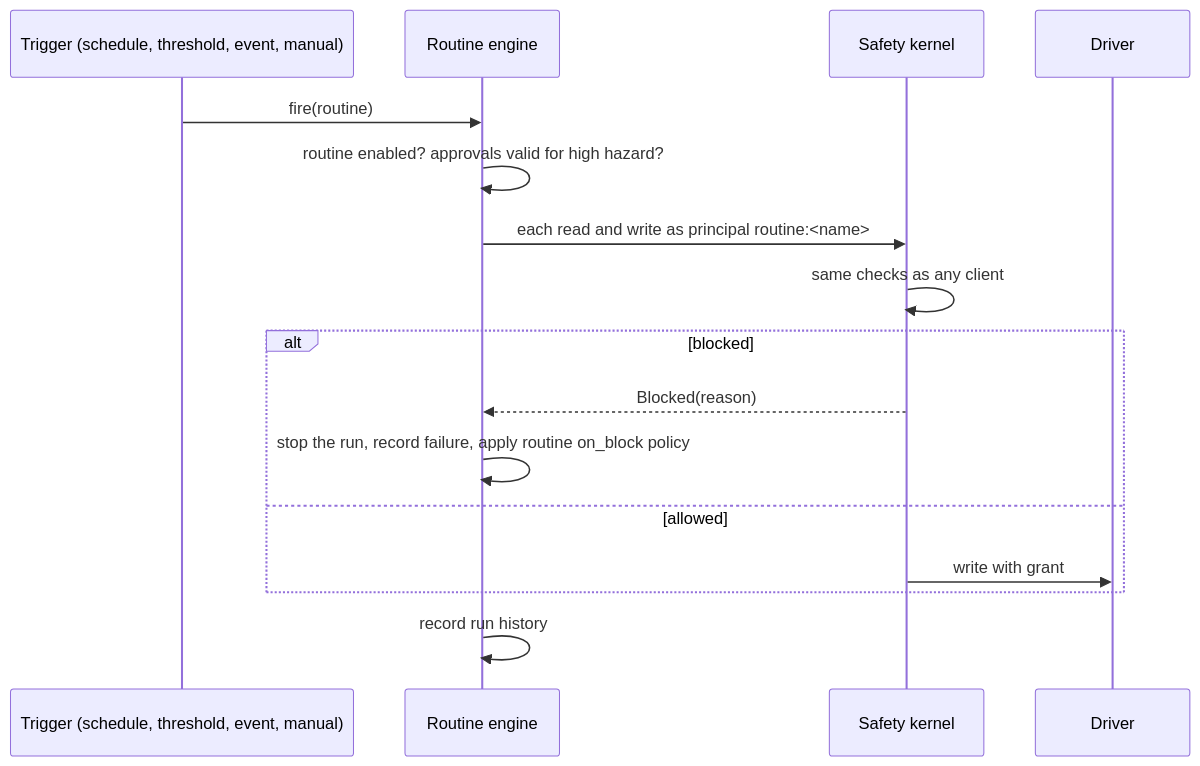
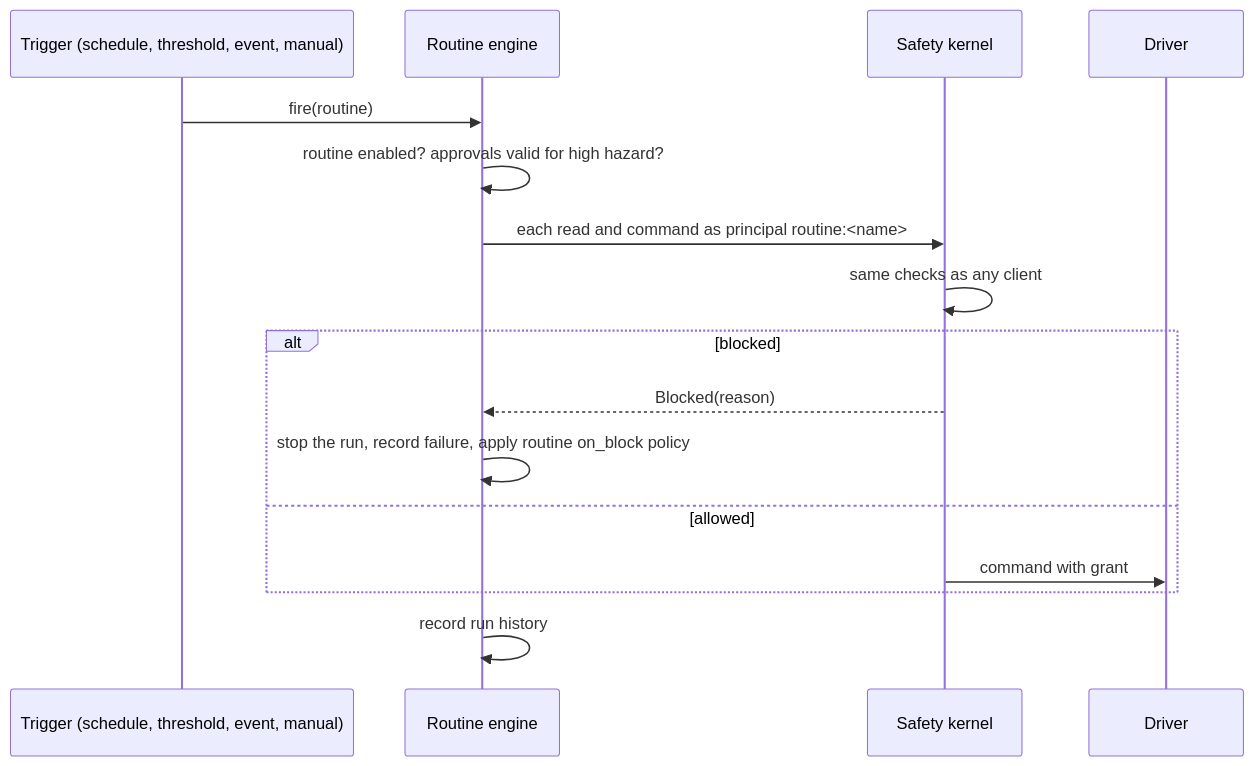
Before and after one commit to sohan-bhat/OpenHAL: the fifth of 7 diagrams in docs/ARCHITECTURE.md, drawn with Mermaid. The commit also changed other lines of this file and 5 other files, not shown here.

First line of the commit message:
docs: use the plant waterer in the architecture, interface and conformance pages

````diff
--- a/docs/ARCHITECTURE.md
+++ b/docs/ARCHITECTURE.md
@@ -166,18 +166,18 @@
 ```mermaid
 sequenceDiagram
   participant T as Trigger (schedule, threshold, event, manual)
   participant R as Routine engine
   participant K as Safety kernel
   participant D as Driver
   T->>R: fire(routine)
   R->>R: routine enabled? approvals valid for high hazard?
-  R->>K: each read and write as principal routine:<name>
+  R->>K: each read and command as principal routine:<name>
   K->>K: same checks as any client
   alt blocked
     K-->>R: Blocked(reason)
     R->>R: stop the run, record failure, apply routine on_block policy
   else allowed
-    K->>D: write with grant
+    K->>D: command with grant
   end
   R->>R: record run history
 ```
````
